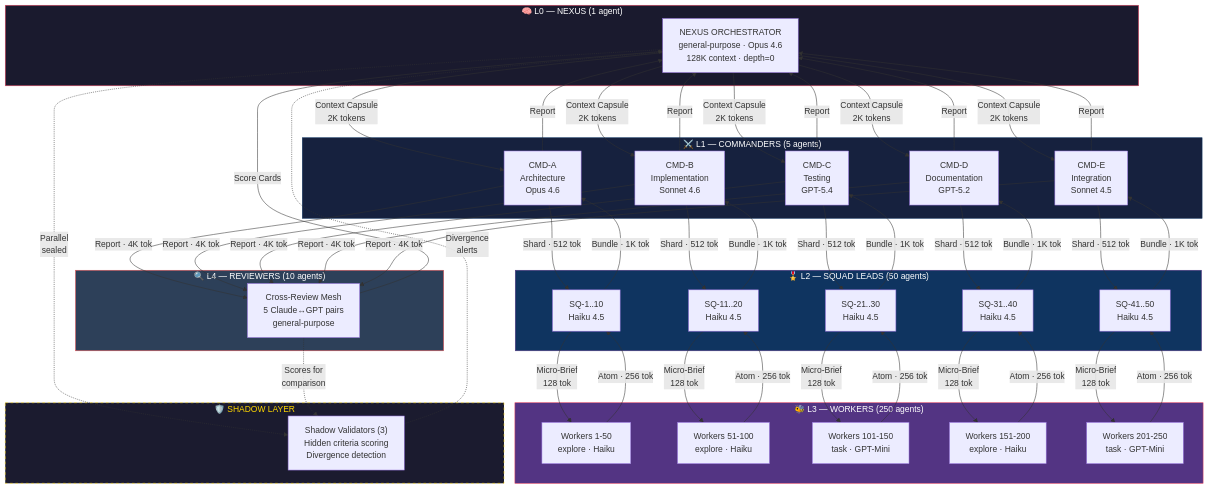
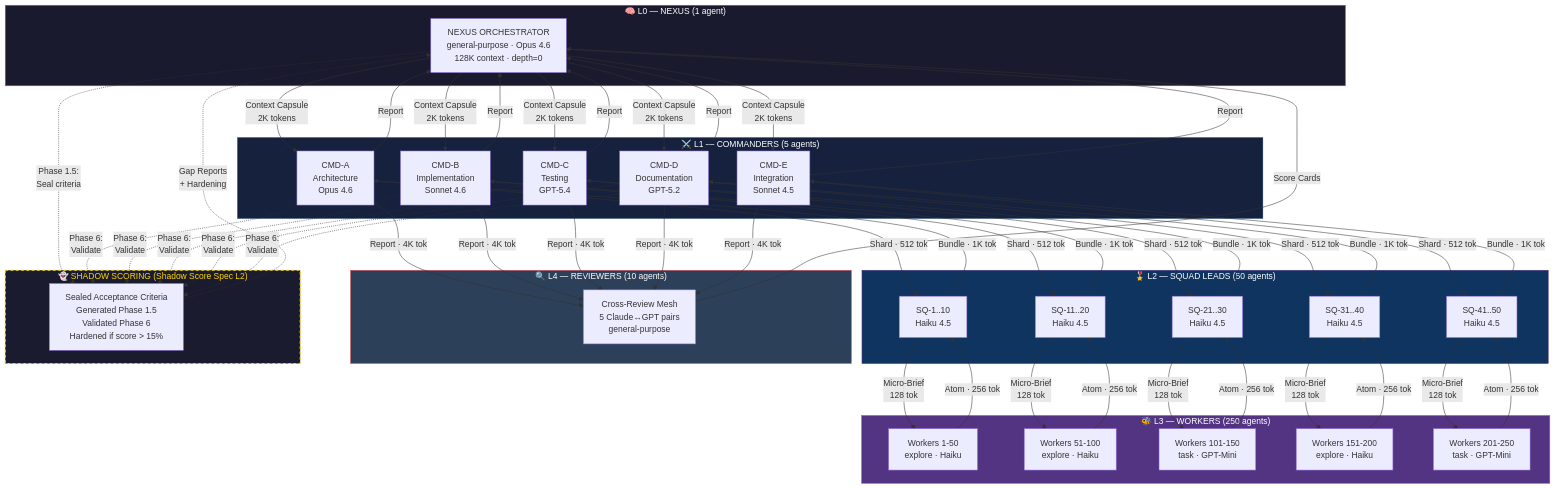
The first of 7 diagrams in docs/architecture-diagrams.md (DUBSOpenHub/swarm-command), drawn with Mermaid before and after one commit. The commit also changed other lines of this file and 12 other files, not shown here.

First line of the commit message:
Rewrite shadow scoring to conform to Shadow Score Spec L2

````diff
--- a/docs/architecture-diagrams.md
+++ b/docs/architecture-diagrams.md
@@ -36,8 +36,8 @@
         REV["Cross-Review Mesh<br/>5 Claude↔GPT pairs<br/>general-purpose"]
     end
 
-    subgraph SHADOW["🛡️ SHADOW LAYER"]
-        SHD["Shadow Validators (3)<br/>Hidden criteria scoring<br/>Divergence detection"]
+    subgraph SHADOW["👻 SHADOW SCORING (Shadow Score Spec L2)"]
+        SHD["Sealed Acceptance Criteria<br/>Generated Phase 1.5<br/>Validated Phase 6<br/>Hardened if score > 15%"]
     end
 
     NEXUS -->|"Context Capsule<br/>2K tokens"| CMD_A
@@ -83,14 +83,18 @@
     CMD_D -->|"Report"| NEXUS
     CMD_E -->|"Report"| NEXUS
 
-    NEXUS -.->|"Parallel<br/>sealed"| SHD
-    REV -.->|"Scores for<br/>comparison"| SHD
-    SHD -.->|"Divergence<br/>alerts"| NEXUS
+    NEXUS -.->|"Phase 1.5:<br/>Seal criteria"| SHD
+    CMD_A -.->|"Phase 6:<br/>Validate"| SHD
+    CMD_B -.->|"Phase 6:<br/>Validate"| SHD
+    CMD_C -.->|"Phase 6:<br/>Validate"| SHD
+    CMD_D -.->|"Phase 6:<br/>Validate"| SHD
+    CMD_E -.->|"Phase 6:<br/>Validate"| SHD
+    SHD -.->|"Gap Reports<br/>+ Hardening"| NEXUS
 
     style L0 fill:#1a1a2e,stroke:#e94560,color:#fff
     style L1 fill:#16213e,stroke:#0f3460,color:#fff
     style L2 fill:#0f3460,stroke:#533483,color:#fff
     style L3 fill:#533483,stroke:#e94560,color:#fff
     style L4 fill:#2d4059,stroke:#ea5455,color:#fff
-    style SHADOW fill:#1b1b2f,stroke:#ffd700,color:#ffd700,stroke-dasharray: 5 5
+    style SHADOW fill:#1b1b2f,stroke:#ffd700,color:#ffd700,stroke-dasharray: 5 5,stroke-width:2px
 ```
````
